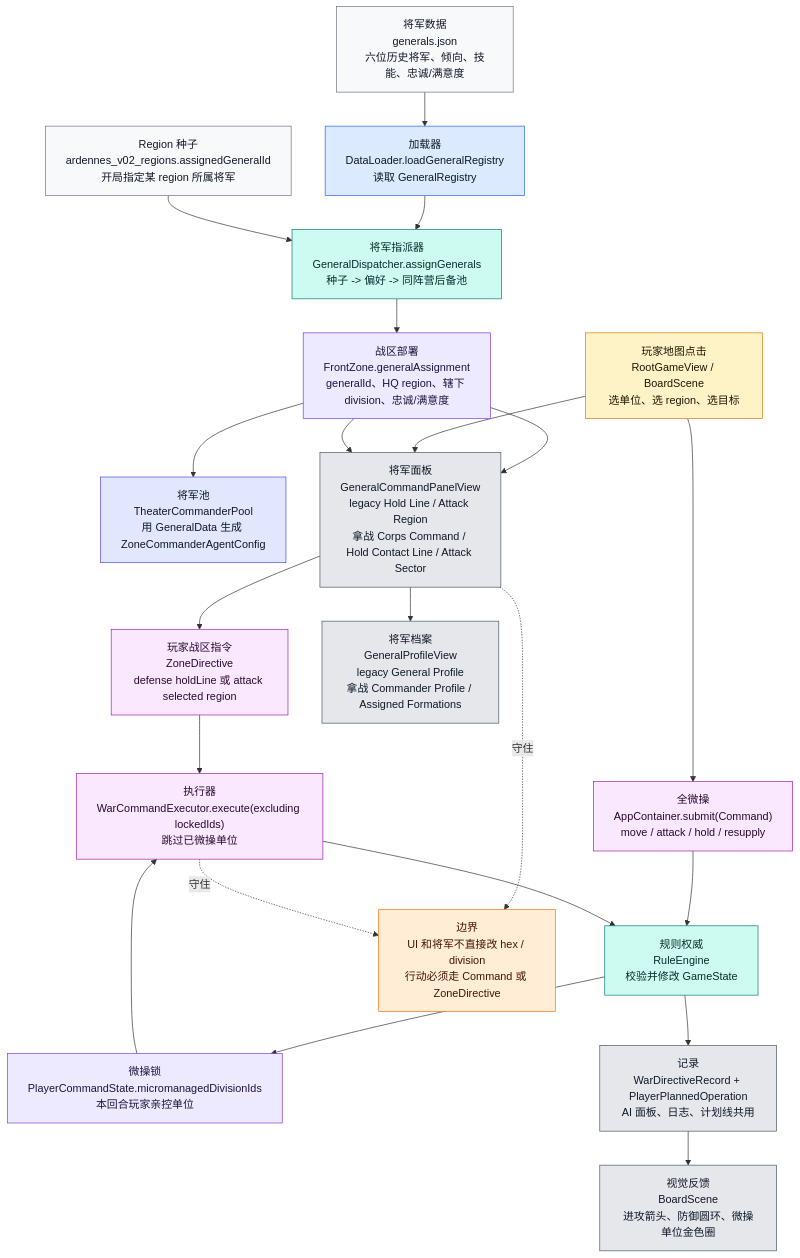
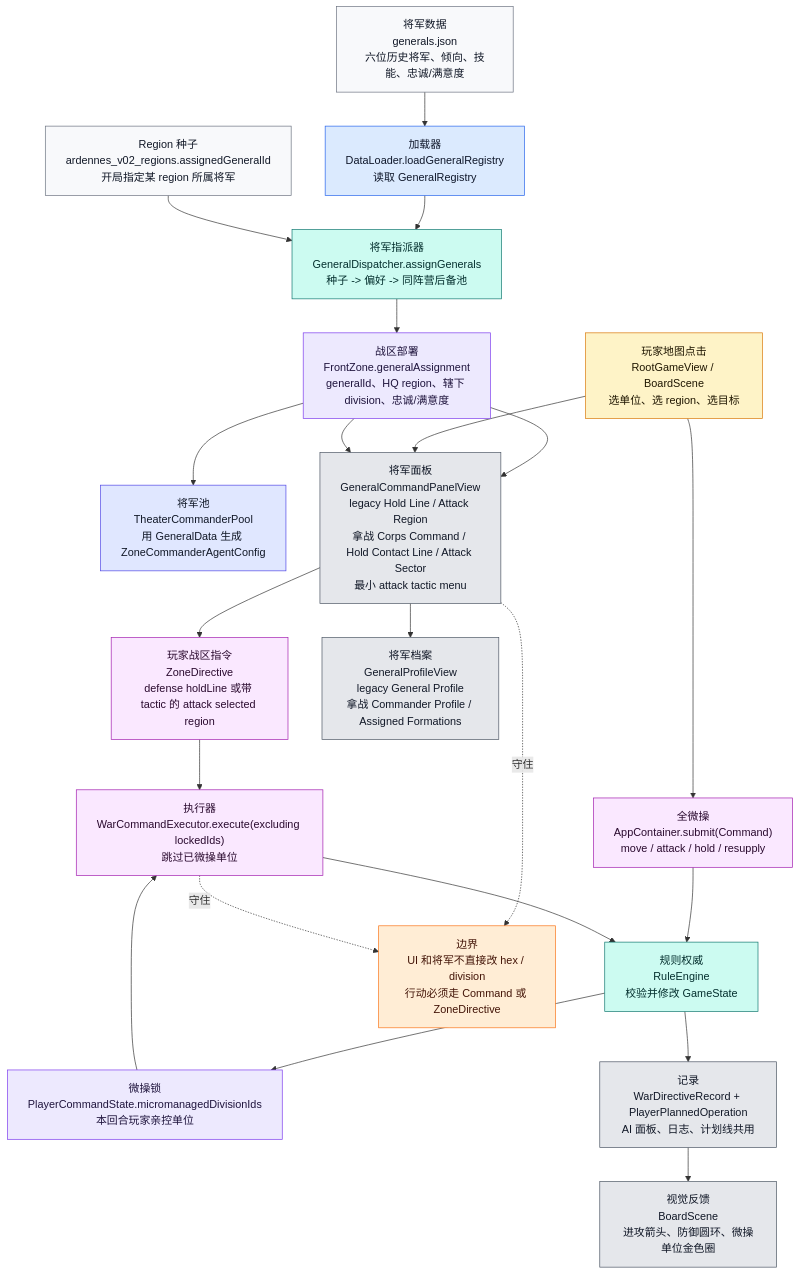
One commit to Altman-sam114/122 changed the ninth of 9 diagrams in md/flow/flowchart.md. Above: the diagram before and after it, drawn with Mermaid. The commit also changed 8 other files, not shown here.

Commit message:
feat: add player attack tactic menu

````diff
--- a/md/flow/flowchart.md
+++ b/md/flow/flowchart.md
@@ -469,42 +469,42 @@
 ```mermaid
 flowchart TD
     GJSON["将军数据<br/>generals.json<br/>六位历史将军、倾向、技能、忠诚/满意度"]:::data
     RJSON["Region 种子<br/>ardennes_v02_regions.assignedGeneralId<br/>开局指定某 region 所属将军"]:::data
     DL["加载器<br/>DataLoader.loadGeneralRegistry<br/>读取 GeneralRegistry"]:::loader
     DISP["将军指派器<br/>GeneralDispatcher.assignGenerals<br/>种子 -> 偏好 -> 同阵营后备池"]:::rules
     FZ["战区部署<br/>FrontZone.generalAssignment<br/>generalId、HQ region、辖下 division、忠诚/满意度"]:::state
     POOL["将军池<br/>TheaterCommanderPool<br/>用 GeneralData 生成 ZoneCommanderAgentConfig"]:::ai
 
     TAP["玩家地图点击<br/>RootGameView / BoardScene<br/>选单位、选 region、选目标"]:::input
     MICRO["全微操<br/>AppContainer.submit(Command)<br/>move / attack / hold / resupply"]:::command
     LOCK["微操锁<br/>PlayerCommandState.micromanagedDivisionIds<br/>本回合玩家亲控单位"]:::state
-    GENUI["将军面板<br/>GeneralCommandPanelView<br/>legacy Hold Line / Attack Region<br/>拿战 Corps Command / Hold Contact Line / Attack Sector"]:::ui
-    ZD["玩家战区指令<br/>ZoneDirective<br/>defense holdLine 或 attack selected region"]:::command
+    GENUI["将军面板<br/>GeneralCommandPanelView<br/>legacy Hold Line / Attack Region<br/>拿战 Corps Command / Hold Contact Line / Attack Sector<br/>最小 attack tactic menu"]:::ui
+    ZD["玩家战区指令<br/>ZoneDirective<br/>defense holdLine 或带 tactic 的 attack selected region"]:::command
     WCE["执行器<br/>WarCommandExecutor.execute(excluding lockedIds)<br/>跳过已微操单位"]:::command
     RE["规则权威<br/>RuleEngine<br/>校验并修改 GameState"]:::rules
     RECORD["记录<br/>WarDirectiveRecord + PlayerPlannedOperation<br/>AI 面板、日志、计划线共用"]:::ui
     BOARD["视觉反馈<br/>BoardScene<br/>进攻箭头、防御圆环、微操单位金色圈"]:::ui
     PROFILE["将军档案<br/>GeneralProfileView<br/>legacy General Profile<br/>拿战 Commander Profile / Assigned Formations"]:::ui
 
     GJSON --> DL --> DISP
     RJSON --> DISP --> FZ --> POOL
     FZ --> GENUI --> PROFILE
     TAP --> MICRO --> RE --> LOCK
     LOCK --> WCE
     TAP --> GENUI --> ZD --> WCE --> RE --> RECORD --> BOARD
     FZ --> GENUI
 
     WARN["边界<br/>UI 和将军不直接改 hex / division<br/>行动必须走 Command 或 ZoneDirective"]:::warn
     GENUI -.守住.-> WARN
     WCE -.守住.-> WARN
 
     classDef data fill:#f8f9fb,stroke:#6b7280,color:#111827
     classDef loader fill:#dbeafe,stroke:#2563eb,color:#0f172a
     classDef state fill:#ede9fe,stroke:#7c3aed,color:#1f143d
     classDef ai fill:#e0e7ff,stroke:#4f46e5,color:#111827
     classDef input fill:#fef3c7,stroke:#d97706,color:#1f1600
     classDef command fill:#fae8ff,stroke:#a21caf,color:#2a0a2f
     classDef rules fill:#ccfbf1,stroke:#0f766e,color:#042f2e
     classDef ui fill:#e5e7eb,stroke:#4b5563,color:#111827
     classDef warn fill:#ffedd5,stroke:#f97316,color:#431407
 ```
````
